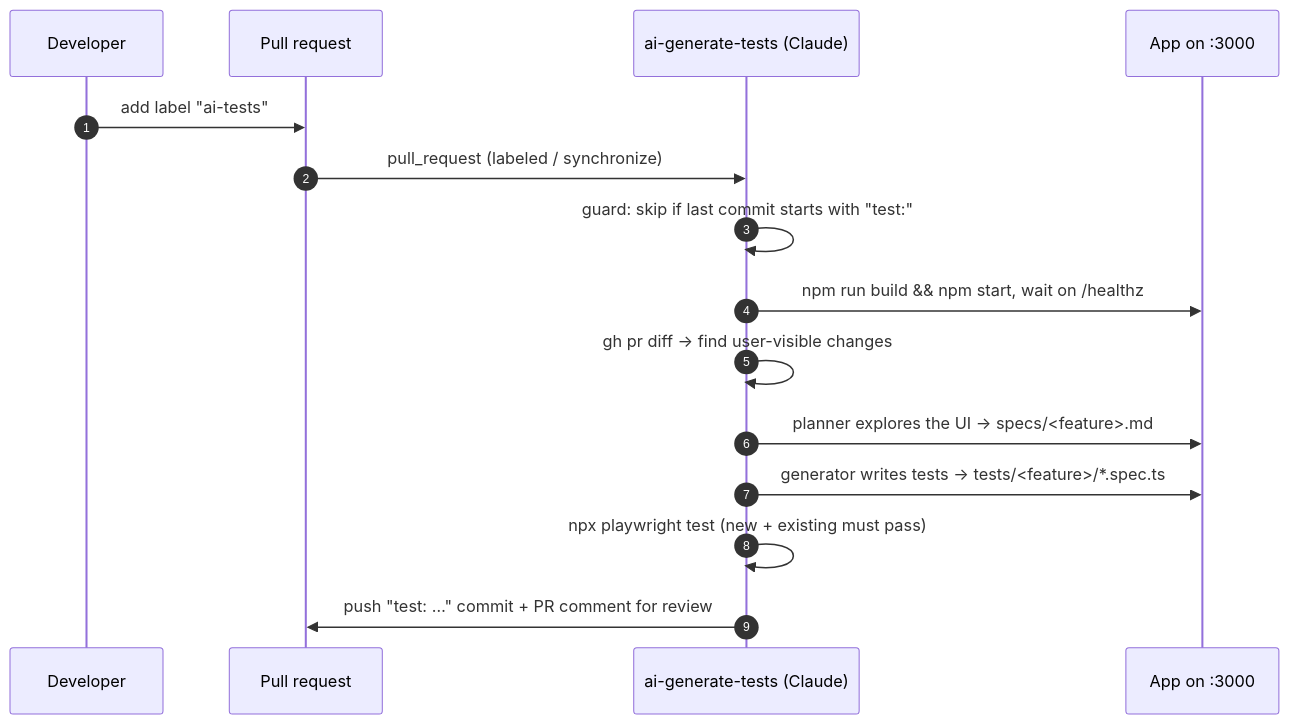
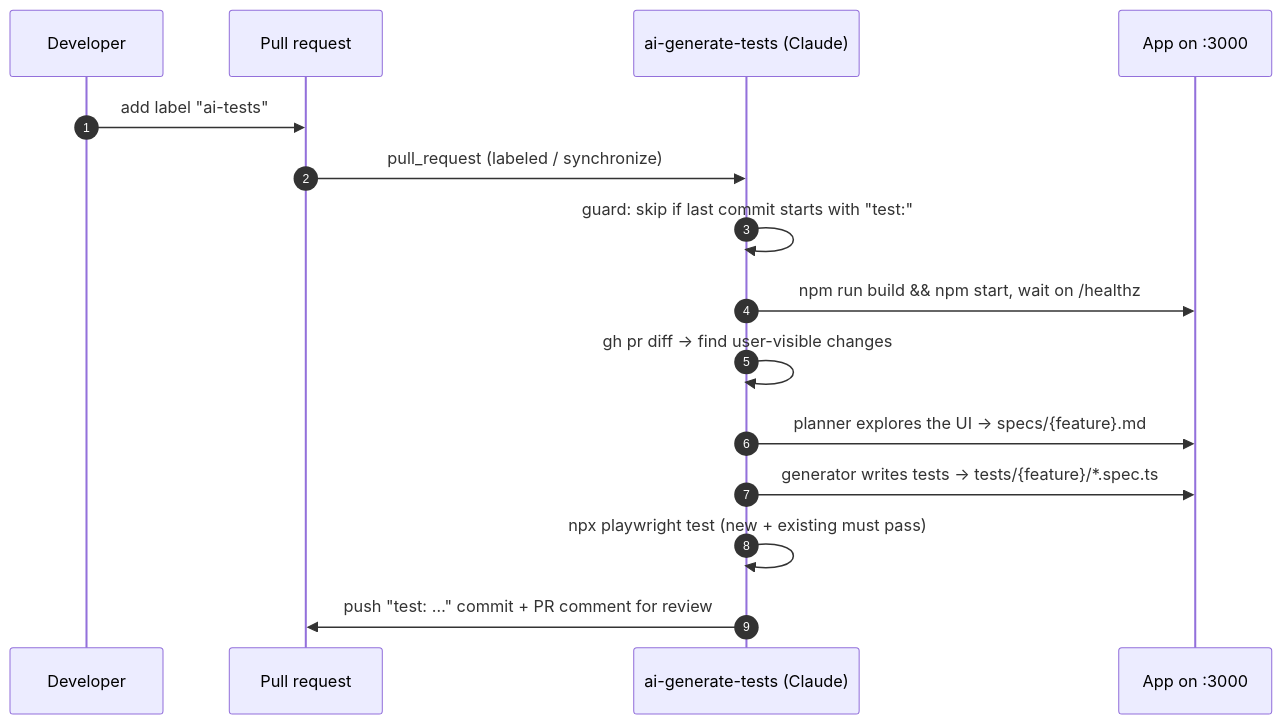
One commit to zbasmajian/agentic-qa-demo changed the third of 3 diagrams in README.md. Above: the diagram before and after it, drawn with Mermaid.

Commit message:
docs: fix Mermaid label escaping in README

````diff
--- a/README.md
+++ b/README.md
@@ -107,18 +107,18 @@
 ```mermaid
 sequenceDiagram
     autonumber
     participant Dev as Developer
     participant PR as Pull request
     participant G as ai-generate-tests (Claude)
     participant App as App on :3000
 
     Dev->>PR: add label "ai-tests"
     PR->>G: pull_request (labeled / synchronize)
     G->>G: guard: skip if last commit starts with "test:"
     G->>App: npm run build && npm start, wait on /healthz
     G->>G: gh pr diff → find user-visible changes
-    G->>App: planner explores the UI → specs/<feature>.md
-    G->>App: generator writes tests → tests/<feature>/*.spec.ts
+    G->>App: planner explores the UI → specs/{feature}.md
+    G->>App: generator writes tests → tests/{feature}/*.spec.ts
     G->>G: npx playwright test (new + existing must pass)
     G->>PR: push "test: …" commit + PR comment for review
 ```
````
